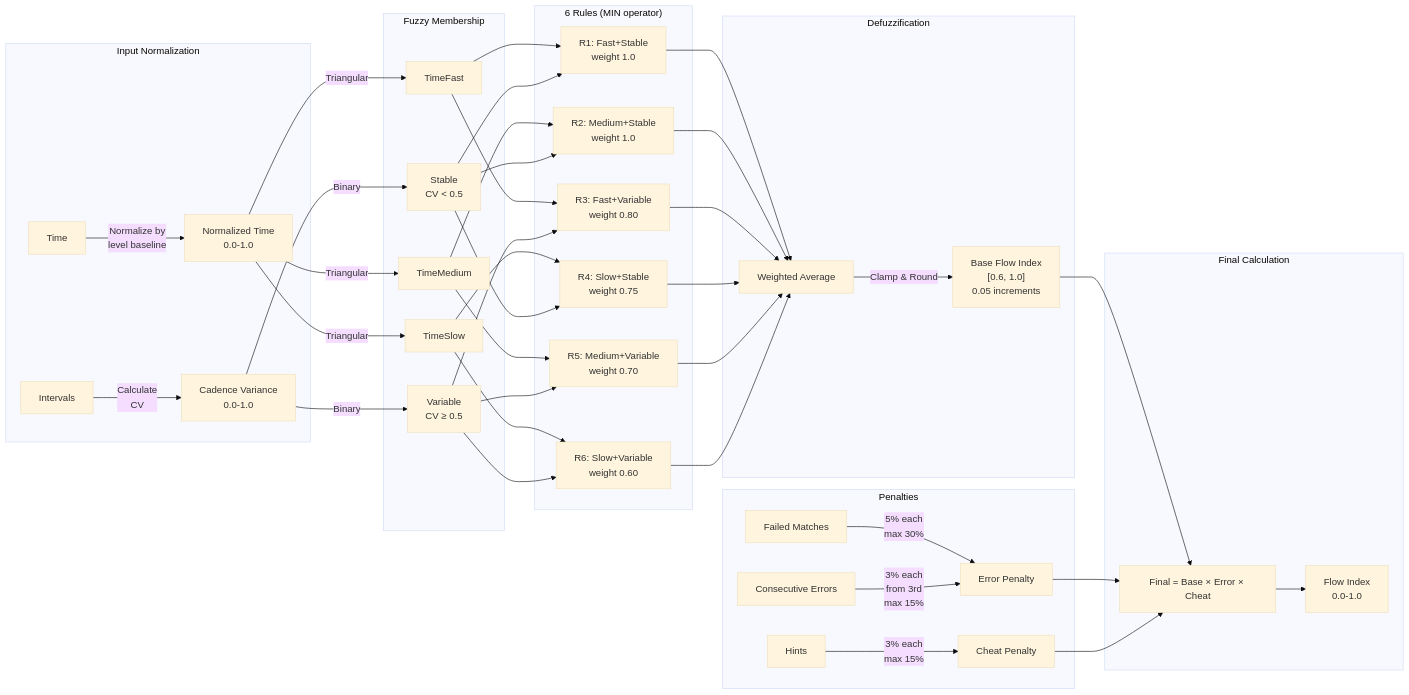
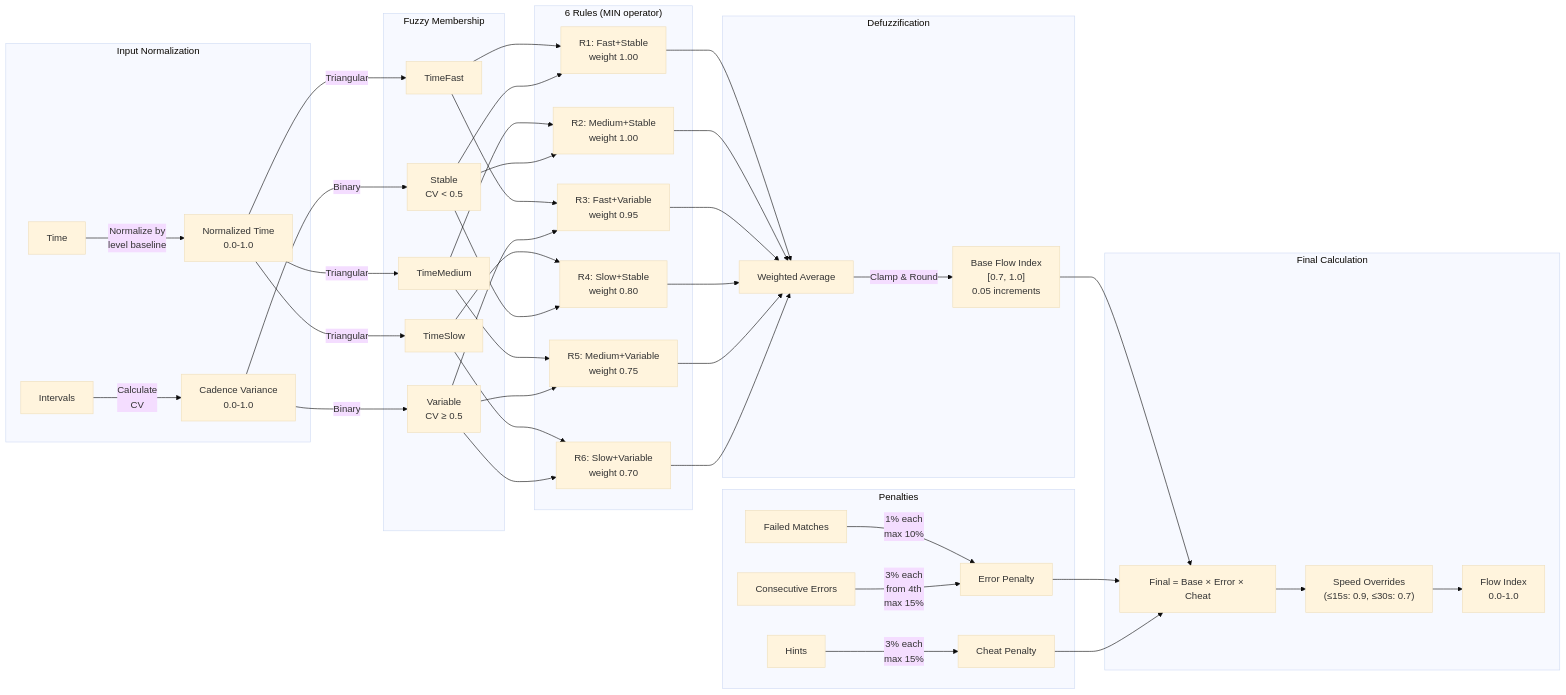
Before and after one commit to DDMYmia/Memory-Game-He-Maumahara: the ninth of 10 diagrams in docs/SYSTEM_DIAGRAMS.md, drawn with Mermaid (base theme). The commit also changed other lines of this file and 23 other files, not shown here.

````diff
--- a/docs/SYSTEM_DIAGRAMS.md
+++ b/docs/SYSTEM_DIAGRAMS.md
@@ -423,53 +434,54 @@
 ```mermaid
 flowchart LR
     subgraph "Input Normalization"
         T[Time] -->|"Normalize by<br/>level baseline"| TN[Normalized Time<br/>0.0-1.0]
         I[Intervals] -->|"Calculate<br/>CV"| CN[Cadence Variance<br/>0.0-1.0]
     end
 
     subgraph "Fuzzy Membership"
         TN -->|Triangular| TF[TimeFast]
         TN -->|Triangular| TM[TimeMedium]
         TN -->|Triangular| TS[TimeSlow]
         CN -->|Binary| CS[Stable<br/>CV < 0.5]
         CN -->|Binary| CV[Variable<br/>CV ≥ 0.5]
     end
 
     subgraph "6 Rules (MIN operator)"
-        TF --> R1["R1: Fast+Stable<br/>weight 1.0"]
+        TF --> R1["R1: Fast+Stable<br/>weight 1.00"]
         CS --> R1
-        TF --> R3["R3: Fast+Variable<br/>weight 0.80"]
+        TF --> R3["R3: Fast+Variable<br/>weight 0.95"]
         CV --> R3
-        TM --> R2["R2: Medium+Stable<br/>weight 1.0"]
+        TM --> R2["R2: Medium+Stable<br/>weight 1.00"]
         CS --> R2
-        TM --> R5["R5: Medium+Variable<br/>weight 0.70"]
+        TM --> R5["R5: Medium+Variable<br/>weight 0.75"]
         CV --> R5
-        TS --> R4["R4: Slow+Stable<br/>weight 0.75"]
+        TS --> R4["R4: Slow+Stable<br/>weight 0.80"]
         CS --> R4
-        TS --> R6["R6: Slow+Variable<br/>weight 0.60"]
+        TS --> R6["R6: Slow+Variable<br/>weight 0.70"]
         CV --> R6
     end
 
     subgraph "Defuzzification"
         R1 --> WA[Weighted Average]
         R2 --> WA
         R3 --> WA
         R4 --> WA
         R5 --> WA
         R6 --> WA
-        WA -->|"Clamp & Round"| BFI["Base Flow Index<br/>[0.6, 1.0]<br/>0.05 increments"]
+        WA -->|"Clamp & Round"| BFI["Base Flow Index<br/>[0.7, 1.0]<br/>0.05 increments"]
     end
 
     subgraph "Penalties"
-        M[Failed Matches] -->|"5% each<br/>max 30%"| EP[Error Penalty]
-        CE[Consecutive Errors] -->|"3% each<br/>from 3rd<br/>max 15%"| EP
+        M[Failed Matches] -->|"1% each<br/>max 10%"| EP[Error Penalty]
+        CE[Consecutive Errors] -->|"3% each<br/>from 4th<br/>max 15%"| EP
         H[Hints] -->|"3% each<br/>max 15%"| CP[Cheat Penalty]
     end
 
     subgraph "Final Calculation"
         BFI --> FINAL[Final = Base × Error × Cheat]
         EP --> FINAL
         CP --> FINAL
-        FINAL --> OUT[Flow Index<br/>0.0-1.0]
+        FINAL --> SO["Speed Overrides<br/>(≤15s: 0.9, ≤30s: 0.7)"]
+        SO --> OUT[Flow Index<br/>0.0-1.0]
     end
 ```
````
